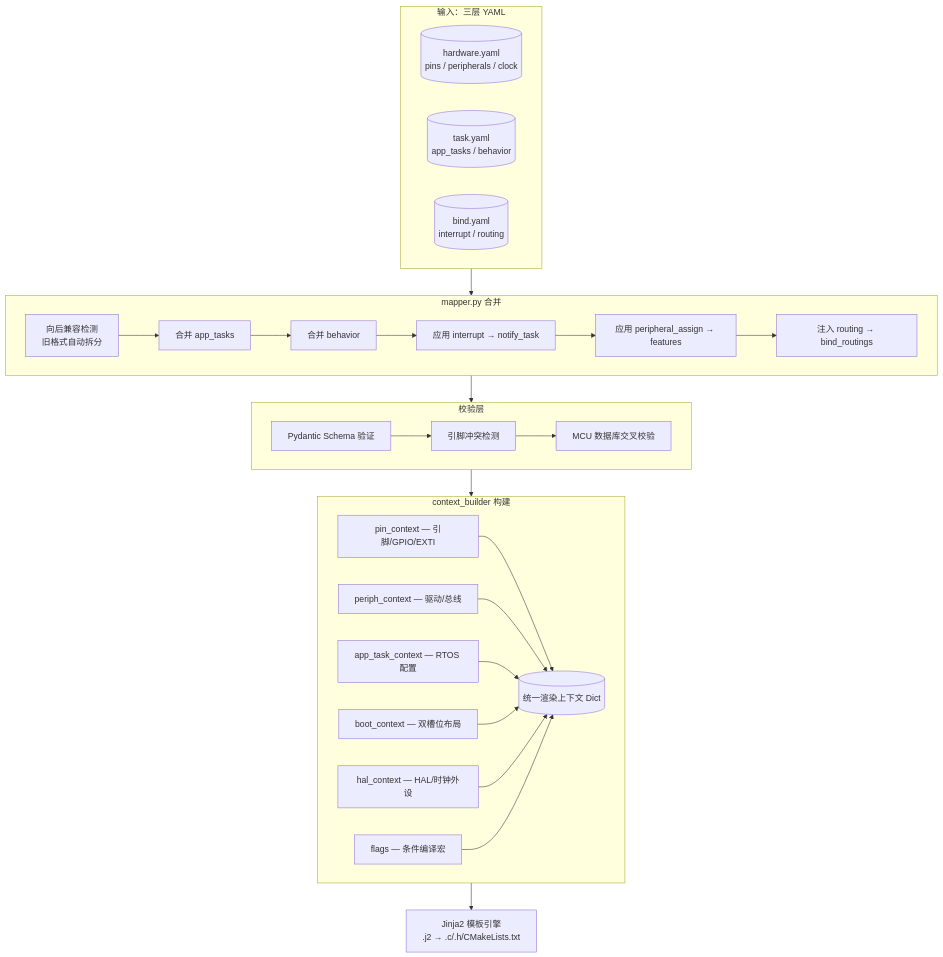
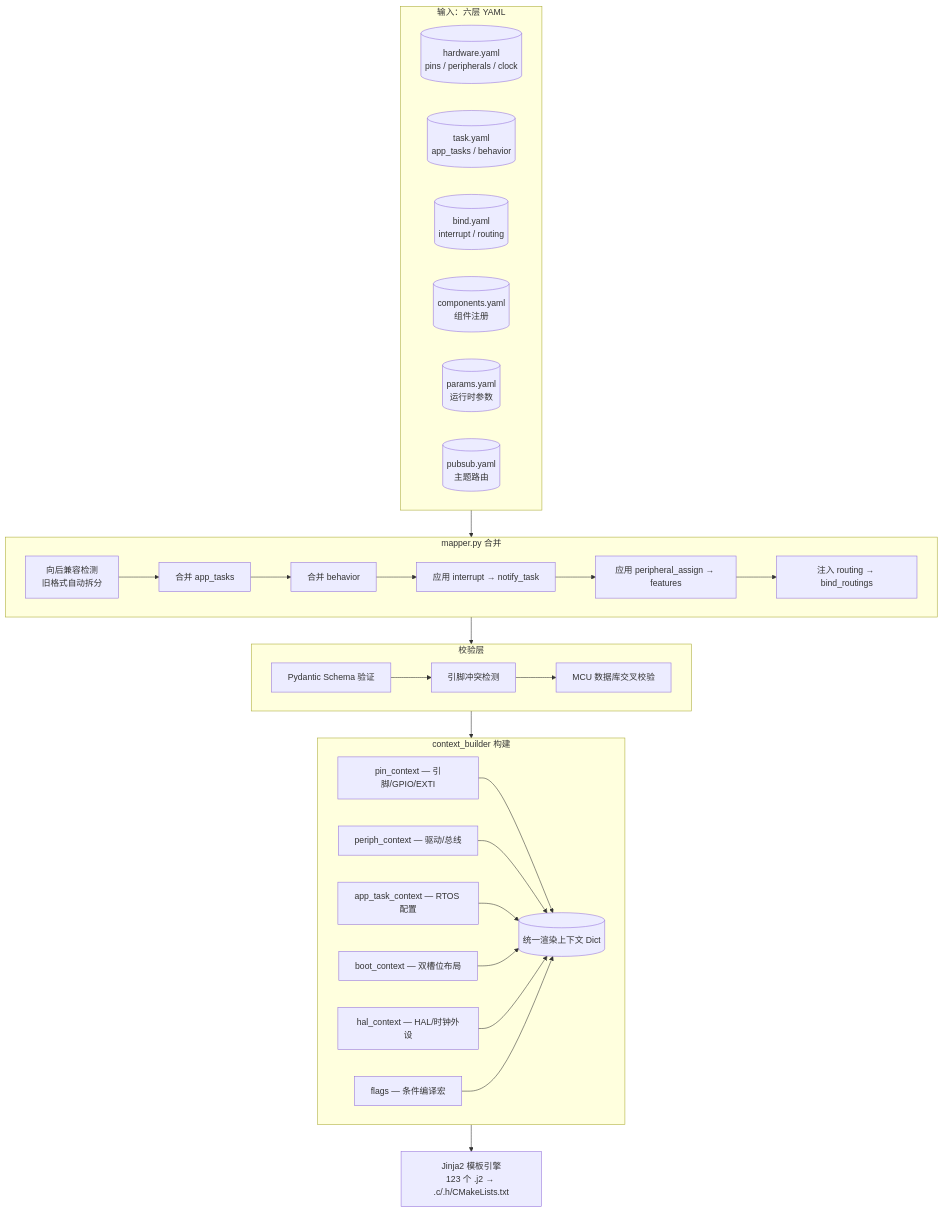
The third of 3 diagrams in README.md (jinliangliu/Hardware2Code), drawn with Mermaid before and after one commit. The commit also changed other lines of this file, not shown here.

````diff
--- a/README.md
+++ b/README.md
@@ -145,35 +146,38 @@
 ```mermaid
 flowchart TB
-    subgraph Inputs["输入：三层 YAML"]
+    subgraph Inputs["输入：六层 YAML"]
         HW[("hardware.yaml<br>pins / peripherals / clock")]
         TASK[("task.yaml<br>app_tasks / behavior")]
         B[("bind.yaml<br>interrupt / routing")]
+        C[("components.yaml<br>组件注册")]
+        P[("params.yaml<br>运行时参数")]
+        PS[("pubsub.yaml<br>主题路由")]
     end
 
     subgraph Merge["mapper.py 合并"]
         M1["向后兼容检测<br>旧格式自动拆分"] --> M2["合并 app_tasks"]
         M2 --> M3["合并 behavior"]
         M3 --> M4["应用 interrupt → notify_task"]
         M4 --> M5["应用 peripheral_assign → features"]
         M5 --> M6["注入 routing → bind_routings"]
     end
 
     subgraph Validate["校验层"]
         V1["Pydantic Schema 验证"] --> V2["引脚冲突检测"]
         V2 --> V3["MCU 数据库交叉校验"]
     end
 
     subgraph Context["context_builder 构建"]
         CB1["pin_context — 引脚/GPIO/EXTI"] --> CB
         CB2["periph_context — 驱动/总线"] --> CB
         CB3["app_task_context — RTOS 配置"] --> CB
         CB4["boot_context — 双槽位布局"] --> CB
         CB5["hal_context — HAL/时钟外设"] --> CB
         CB6["flags — 条件编译宏"] --> CB
         CB[("统一渲染上下文 Dict")]
     end
 
     Inputs --> Merge --> Validate --> Context
 
-    Context --> J2["Jinja2 模板引擎<br>.j2 → .c/.h/CMakeLists.txt"]
+    Context --> J2["Jinja2 模板引擎<br>123 个 .j2 → .c/.h/CMakeLists.txt"]
 ```
````
